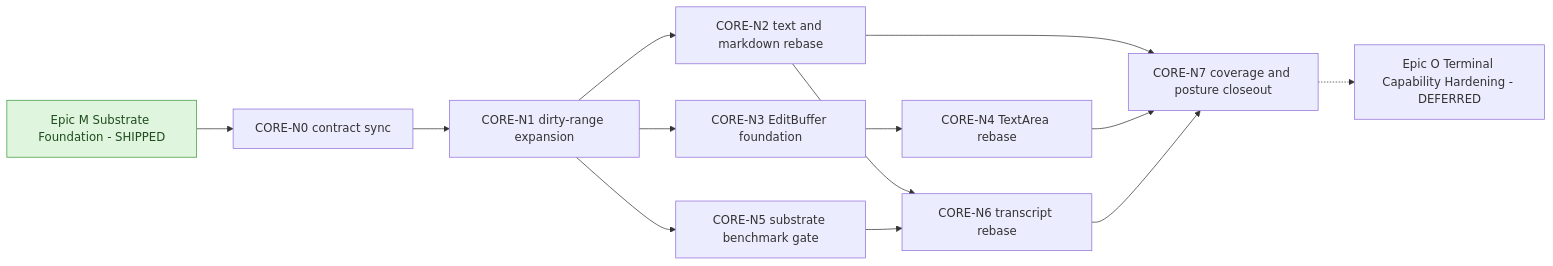
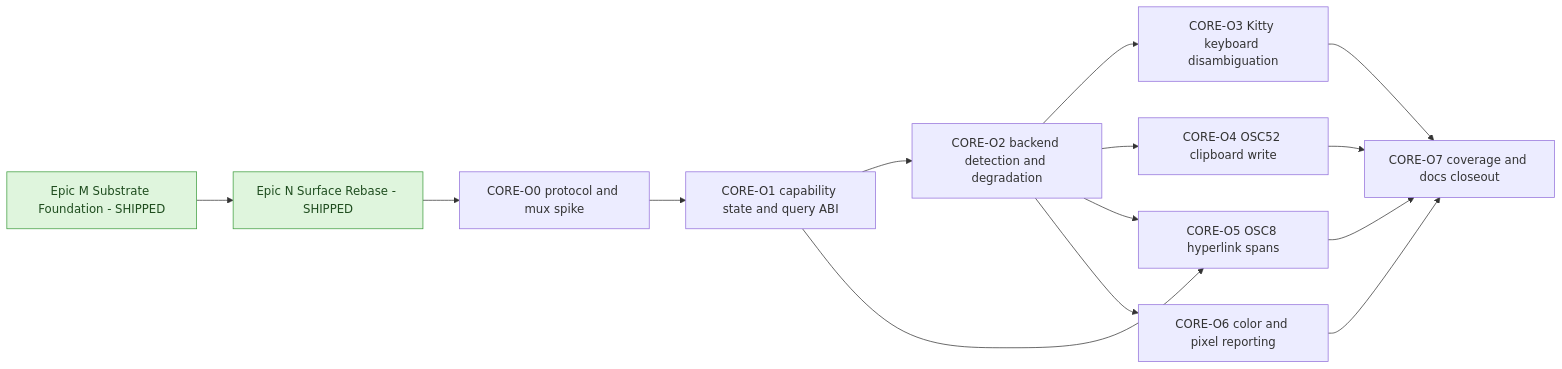
One commit to openkraken-ai/kraken-tui changed the diagram in docs/Tasks.md. Above: the diagram before and after it, drawn with Mermaid. The commit also changed other lines of this file and 2 other files, not shown here.

Commit message:
Prepare Epic O terminal capability planning

````diff
--- a/docs/Tasks.md
+++ b/docs/Tasks.md
@@ -47,18 +38,19 @@
 ```mermaid
 flowchart LR
     M[Epic M Substrate Foundation - SHIPPED]:::done
-    M --> N0[CORE-N0 contract sync]
-    N0 --> N1[CORE-N1 dirty-range expansion]
-    N1 --> N2[CORE-N2 text and markdown rebase]
-    N1 --> N3[CORE-N3 EditBuffer foundation]
-    N3 --> N4[CORE-N4 TextArea rebase]
-    N1 --> N5[CORE-N5 substrate benchmark gate]
-    N2 --> N6[CORE-N6 transcript rebase]
-    N5 --> N6
-    N2 --> N7[CORE-N7 coverage and posture closeout]
-    N4 --> N7
-    N6 --> N7
-    O[Epic O Terminal Capability Hardening - DEFERRED]
-    N7 -.-> O
+    N[Epic N Surface Rebase - SHIPPED]:::done
+    M --> N
+    N --> O0[CORE-O0 protocol and mux spike]
+    O0 --> O1[CORE-O1 capability state and query ABI]
+    O1 --> O2[CORE-O2 backend detection and degradation]
+    O2 --> O3[CORE-O3 Kitty keyboard disambiguation]
+    O2 --> O4[CORE-O4 OSC52 clipboard write]
+    O1 --> O5[CORE-O5 OSC8 hyperlink spans]
+    O2 --> O5
+    O2 --> O6[CORE-O6 color and pixel reporting]
+    O3 --> O7[CORE-O7 coverage and docs closeout]
+    O4 --> O7
+    O5 --> O7
+    O6 --> O7
     classDef done fill:#dff5dd,stroke:#3f9d3f,color:#1f4d1f;
 ```
````
